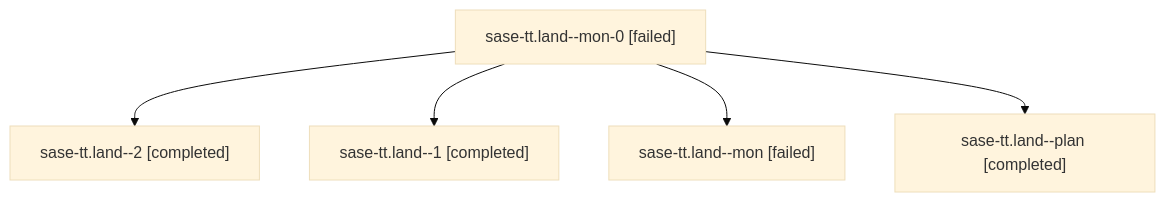
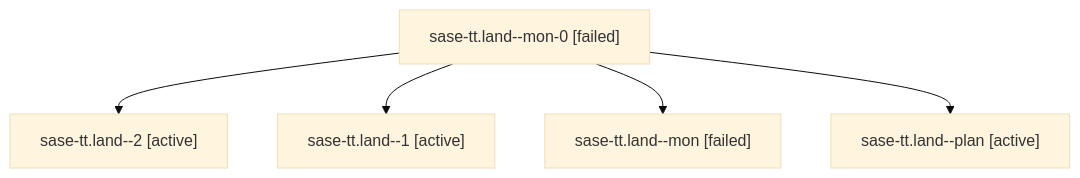
Before and after one commit to sase-org/sase--agents: the diagram in families/bbugyi200.athena.sase-tt.land.md, drawn with Mermaid (base theme). The commit also changed other lines of this file and 35830 other files, not shown here.

````diff
--- a/families/bbugyi200.athena.sase-tt.land.md
+++ b/families/bbugyi200.athena.sase-tt.land.md
@@ -9,12 +9,12 @@
 ```mermaid
 flowchart TD
   n0["sase-tt.land--mon-0 [failed]"]
-  n1["sase-tt.land--2 [completed]"]
+  n1["sase-tt.land--2 [active]"]
   n0 --> n1
-  n2["sase-tt.land--1 [completed]"]
+  n2["sase-tt.land--1 [active]"]
   n0 --> n2
   n3["sase-tt.land--mon [failed]"]
   n0 --> n3
-  n4["sase-tt.land--plan [completed]"]
+  n4["sase-tt.land--plan [active]"]
   n0 --> n4
 ```
````
